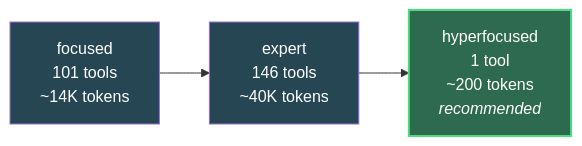
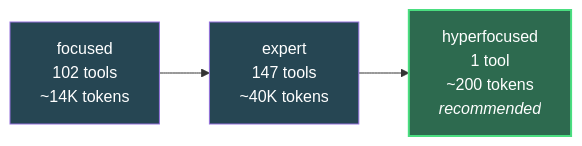
Before and after one commit to Augusto42/vibing-steampunk: the third of 3 diagrams in README.md, drawn with Mermaid. The commit also changed other lines of this file and 6 other files, not shown here.

````diff
--- a/README.md
+++ b/README.md
@@ -1186,8 +1186,8 @@
 ```mermaid
 graph LR
-    F["focused<br/>101 tools<br/>~14K tokens"] --> E["expert<br/>146 tools<br/>~40K tokens"]
+    F["focused<br/>102 tools<br/>~14K tokens"] --> E["expert<br/>147 tools<br/>~40K tokens"]
     E --> H["hyperfocused<br/>1 tool<br/>~200 tokens<br/><i>recommended</i>"]
     style H fill:#2d6a4f,color:#fff,stroke:#4ade80,stroke-width:2px
     style F fill:#264653,color:#fff
     style E fill:#264653,color:#fff
 ```
````
